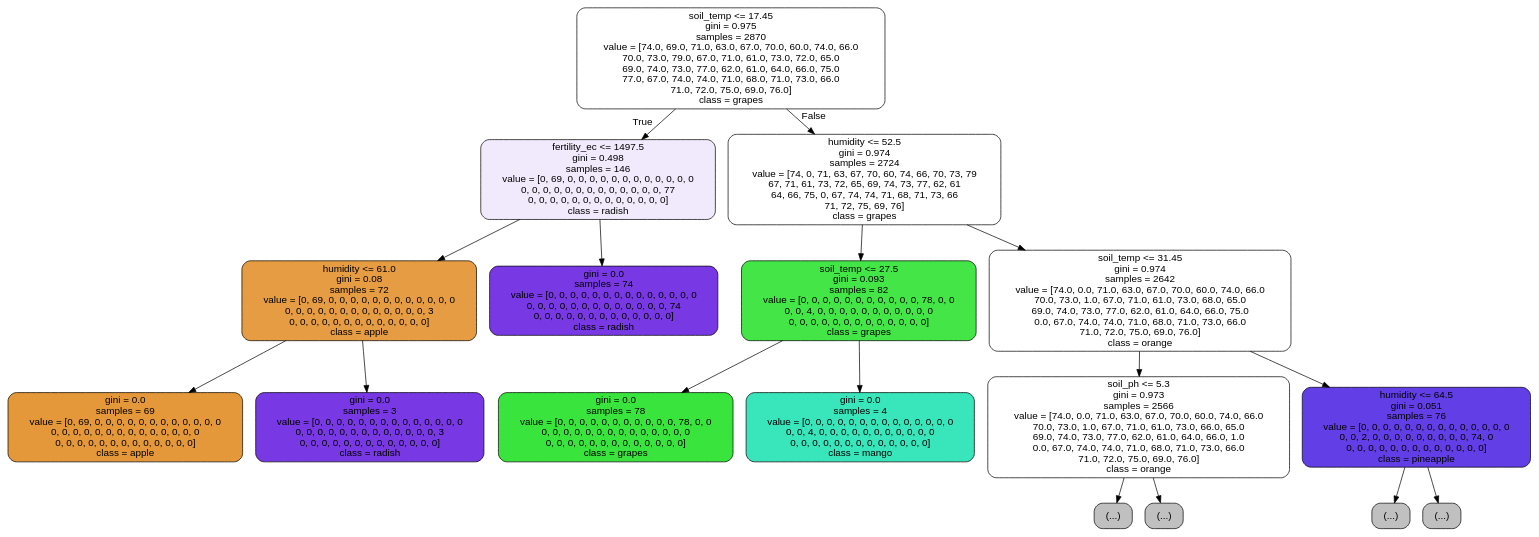
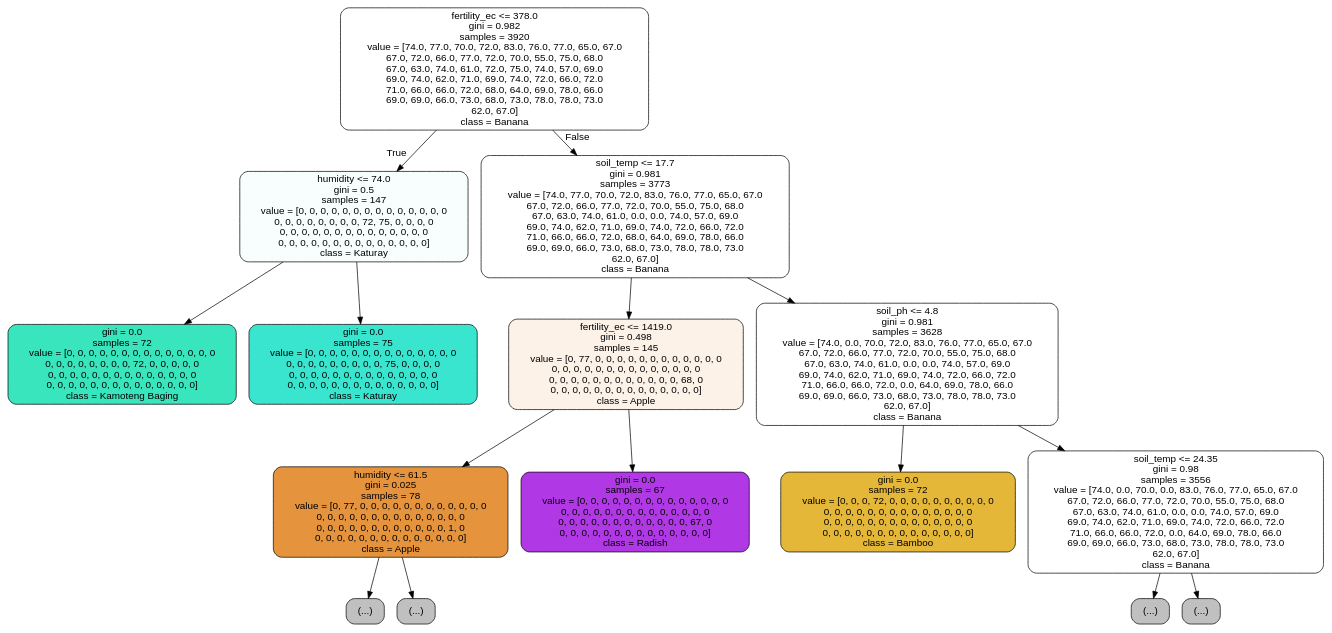
The diagram in precomputation/decision_tree.dot (CyrusUmali/AiCROP), drawn with Graphviz before and after one commit. The commit also changed 8 other files, not shown here.

```diff
--- a/precomputation/decision_tree.dot
+++ b/precomputation/decision_tree.dot
@@ -1,37 +1,33 @@
 digraph Tree {
 node [shape=box, style="filled, rounded", color="black", fontname="helvetica"] ;
 edge [fontname="helvetica"] ;
-0 [label="soil_temp <= 17.45\ngini = 0.975\nsamples = 2870\nvalue = [74.0, 69.0, 71.0, 63.0, 67.0, 70.0, 60.0, 74.0, 66.0\n70.0, 73.0, 79.0, 67.0, 71.0, 61.0, 73.0, 72.0, 65.0\n69.0, 74.0, 73.0, 77.0, 62.0, 61.0, 64.0, 66.0, 75.0\n77.0, 67.0, 74.0, 74.0, 71.0, 68.0, 71.0, 73.0, 66.0\n71.0, 72.0, 75.0, 69.0, 76.0]\nclass = grapes", fillcolor="#ffffff"] ;
-1 [label="fertility_ec <= 1497.5\ngini = 0.498\nsamples = 146\nvalue = [0, 69, 0, 0, 0, 0, 0, 0, 0, 0, 0, 0, 0, 0\n0, 0, 0, 0, 0, 0, 0, 0, 0, 0, 0, 0, 0, 77\n0, 0, 0, 0, 0, 0, 0, 0, 0, 0, 0, 0, 0]\nclass = radish", fillcolor="#f1eafc"] ;
+0 [label="fertility_ec <= 378.0\ngini = 0.982\nsamples = 3920\nvalue = [74.0, 77.0, 70.0, 72.0, 83.0, 76.0, 77.0, 65.0, 67.0\n67.0, 72.0, 66.0, 77.0, 72.0, 70.0, 55.0, 75.0, 68.0\n67.0, 63.0, 74.0, 61.0, 72.0, 75.0, 74.0, 57.0, 69.0\n69.0, 74.0, 62.0, 71.0, 69.0, 74.0, 72.0, 66.0, 72.0\n71.0, 66.0, 66.0, 72.0, 68.0, 64.0, 69.0, 78.0, 66.0\n69.0, 69.0, 66.0, 73.0, 68.0, 73.0, 78.0, 78.0, 73.0\n62.0, 67.0]\nclass = Banana", fillcolor="#ffffff"] ;
+1 [label="humidity <= 74.0\ngini = 0.5\nsamples = 147\nvalue = [0, 0, 0, 0, 0, 0, 0, 0, 0, 0, 0, 0, 0, 0\n0, 0, 0, 0, 0, 0, 0, 0, 72, 75, 0, 0, 0, 0\n0, 0, 0, 0, 0, 0, 0, 0, 0, 0, 0, 0, 0, 0\n0, 0, 0, 0, 0, 0, 0, 0, 0, 0, 0, 0, 0, 0]\nclass = Katuray", fillcolor="#f7fefd"] ;
 0 -> 1 [labeldistance=2.5, labelangle=45, headlabel="True"] ;
-2 [label="humidity <= 61.0\ngini = 0.08\nsamples = 72\nvalue = [0, 69, 0, 0, 0, 0, 0, 0, 0, 0, 0, 0, 0, 0\n0, 0, 0, 0, 0, 0, 0, 0, 0, 0, 0, 0, 0, 3\n0, 0, 0, 0, 0, 0, 0, 0, 0, 0, 0, 0, 0]\nclass = apple", fillcolor="#e69c42"] ;
+2 [label="gini = 0.0\nsamples = 72\nvalue = [0, 0, 0, 0, 0, 0, 0, 0, 0, 0, 0, 0, 0, 0\n0, 0, 0, 0, 0, 0, 0, 0, 72, 0, 0, 0, 0, 0\n0, 0, 0, 0, 0, 0, 0, 0, 0, 0, 0, 0, 0, 0\n0, 0, 0, 0, 0, 0, 0, 0, 0, 0, 0, 0, 0, 0]\nclass = Kamoteng Baging", fillcolor="#39e5bd"] ;
 1 -> 2 ;
-3 [label="gini = 0.0\nsamples = 69\nvalue = [0, 69, 0, 0, 0, 0, 0, 0, 0, 0, 0, 0, 0, 0\n0, 0, 0, 0, 0, 0, 0, 0, 0, 0, 0, 0, 0, 0\n0, 0, 0, 0, 0, 0, 0, 0, 0, 0, 0, 0, 0]\nclass = apple", fillcolor="#e59839"] ;
-2 -> 3 ;
-4 [label="gini = 0.0\nsamples = 3\nvalue = [0, 0, 0, 0, 0, 0, 0, 0, 0, 0, 0, 0, 0, 0\n0, 0, 0, 0, 0, 0, 0, 0, 0, 0, 0, 0, 0, 3\n0, 0, 0, 0, 0, 0, 0, 0, 0, 0, 0, 0, 0]\nclass = radish", fillcolor="#7839e5"] ;
-2 -> 4 ;
-5 [label="gini = 0.0\nsamples = 74\nvalue = [0, 0, 0, 0, 0, 0, 0, 0, 0, 0, 0, 0, 0, 0\n0, 0, 0, 0, 0, 0, 0, 0, 0, 0, 0, 0, 0, 74\n0, 0, 0, 0, 0, 0, 0, 0, 0, 0, 0, 0, 0]\nclass = radish", fillcolor="#7839e5"] ;
-1 -> 5 ;
-6 [label="humidity <= 52.5\ngini = 0.974\nsamples = 2724\nvalue = [74, 0, 71, 63, 67, 70, 60, 74, 66, 70, 73, 79\n67, 71, 61, 73, 72, 65, 69, 74, 73, 77, 62, 61\n64, 66, 75, 0, 67, 74, 74, 71, 68, 71, 73, 66\n71, 72, 75, 69, 76]\nclass = grapes", fillcolor="#ffffff"] ;
-0 -> 6 [labeldistance=2.5, labelangle=-45, headlabel="False"] ;
-7 [label="soil_temp <= 27.5\ngini = 0.093\nsamples = 82\nvalue = [0, 0, 0, 0, 0, 0, 0, 0, 0, 0, 0, 78, 0, 0\n0, 0, 4, 0, 0, 0, 0, 0, 0, 0, 0, 0, 0, 0\n0, 0, 0, 0, 0, 0, 0, 0, 0, 0, 0, 0, 0]\nclass = grapes", fillcolor="#43e646"] ;
+3 [label="gini = 0.0\nsamples = 75\nvalue = [0, 0, 0, 0, 0, 0, 0, 0, 0, 0, 0, 0, 0, 0\n0, 0, 0, 0, 0, 0, 0, 0, 0, 75, 0, 0, 0, 0\n0, 0, 0, 0, 0, 0, 0, 0, 0, 0, 0, 0, 0, 0\n0, 0, 0, 0, 0, 0, 0, 0, 0, 0, 0, 0, 0, 0]\nclass = Katuray", fillcolor="#39e5ce"] ;
+1 -> 3 ;
+4 [label="soil_temp <= 17.7\ngini = 0.981\nsamples = 3773\nvalue = [74.0, 77.0, 70.0, 72.0, 83.0, 76.0, 77.0, 65.0, 67.0\n67.0, 72.0, 66.0, 77.0, 72.0, 70.0, 55.0, 75.0, 68.0\n67.0, 63.0, 74.0, 61.0, 0.0, 0.0, 74.0, 57.0, 69.0\n69.0, 74.0, 62.0, 71.0, 69.0, 74.0, 72.0, 66.0, 72.0\n71.0, 66.0, 66.0, 72.0, 68.0, 64.0, 69.0, 78.0, 66.0\n69.0, 69.0, 66.0, 73.0, 68.0, 73.0, 78.0, 78.0, 73.0\n62.0, 67.0]\nclass = Banana", fillcolor="#ffffff"] ;
+0 -> 4 [labeldistance=2.5, labelangle=-45, headlabel="False"] ;
+5 [label="fertility_ec <= 1419.0\ngini = 0.498\nsamples = 145\nvalue = [0, 77, 0, 0, 0, 0, 0, 0, 0, 0, 0, 0, 0, 0\n0, 0, 0, 0, 0, 0, 0, 0, 0, 0, 0, 0, 0, 0\n0, 0, 0, 0, 0, 0, 0, 0, 0, 0, 0, 0, 68, 0\n0, 0, 0, 0, 0, 0, 0, 0, 0, 0, 0, 0, 0, 0]\nclass = Apple", fillcolor="#fcf2e8"] ;
+4 -> 5 ;
+6 [label="humidity <= 61.5\ngini = 0.025\nsamples = 78\nvalue = [0, 77, 0, 0, 0, 0, 0, 0, 0, 0, 0, 0, 0, 0\n0, 0, 0, 0, 0, 0, 0, 0, 0, 0, 0, 0, 0, 0\n0, 0, 0, 0, 0, 0, 0, 0, 0, 0, 0, 0, 1, 0\n0, 0, 0, 0, 0, 0, 0, 0, 0, 0, 0, 0, 0, 0]\nclass = Apple", fillcolor="#e5933c"] ;
+5 -> 6 ;
+7 [label="(...)", fillcolor="#C0C0C0"] ;
 6 -> 7 ;
-8 [label="gini = 0.0\nsamples = 78\nvalue = [0, 0, 0, 0, 0, 0, 0, 0, 0, 0, 0, 78, 0, 0\n0, 0, 0, 0, 0, 0, 0, 0, 0, 0, 0, 0, 0, 0\n0, 0, 0, 0, 0, 0, 0, 0, 0, 0, 0, 0, 0]\nclass = grapes", fillcolor="#39e53c"] ;
-7 -> 8 ;
-9 [label="gini = 0.0\nsamples = 4\nvalue = [0, 0, 0, 0, 0, 0, 0, 0, 0, 0, 0, 0, 0, 0\n0, 0, 4, 0, 0, 0, 0, 0, 0, 0, 0, 0, 0, 0\n0, 0, 0, 0, 0, 0, 0, 0, 0, 0, 0, 0, 0]\nclass = mango", fillcolor="#39e5ba"] ;
-7 -> 9 ;
-10 [label="soil_temp <= 31.45\ngini = 0.974\nsamples = 2642\nvalue = [74.0, 0.0, 71.0, 63.0, 67.0, 70.0, 60.0, 74.0, 66.0\n70.0, 73.0, 1.0, 67.0, 71.0, 61.0, 73.0, 68.0, 65.0\n69.0, 74.0, 73.0, 77.0, 62.0, 61.0, 64.0, 66.0, 75.0\n0.0, 67.0, 74.0, 74.0, 71.0, 68.0, 71.0, 73.0, 66.0\n71.0, 72.0, 75.0, 69.0, 76.0]\nclass = orange", fillcolor="#ffffff"] ;
-6 -> 10 ;
-11 [label="soil_ph <= 5.3\ngini = 0.973\nsamples = 2566\nvalue = [74.0, 0.0, 71.0, 63.0, 67.0, 70.0, 60.0, 74.0, 66.0\n70.0, 73.0, 1.0, 67.0, 71.0, 61.0, 73.0, 66.0, 65.0\n69.0, 74.0, 73.0, 77.0, 62.0, 61.0, 64.0, 66.0, 1.0\n0.0, 67.0, 74.0, 74.0, 71.0, 68.0, 71.0, 73.0, 66.0\n71.0, 72.0, 75.0, 69.0, 76.0]\nclass = orange", fillcolor="#ffffff"] ;
+8 [label="(...)", fillcolor="#C0C0C0"] ;
+6 -> 8 ;
+9 [label="gini = 0.0\nsamples = 67\nvalue = [0, 0, 0, 0, 0, 0, 0, 0, 0, 0, 0, 0, 0, 0\n0, 0, 0, 0, 0, 0, 0, 0, 0, 0, 0, 0, 0, 0\n0, 0, 0, 0, 0, 0, 0, 0, 0, 0, 0, 0, 67, 0\n0, 0, 0, 0, 0, 0, 0, 0, 0, 0, 0, 0, 0, 0]\nclass = Radish", fillcolor="#b139e5"] ;
+5 -> 9 ;
+10 [label="soil_ph <= 4.8\ngini = 0.981\nsamples = 3628\nvalue = [74.0, 0.0, 70.0, 72.0, 83.0, 76.0, 77.0, 65.0, 67.0\n67.0, 72.0, 66.0, 77.0, 72.0, 70.0, 55.0, 75.0, 68.0\n67.0, 63.0, 74.0, 61.0, 0.0, 0.0, 74.0, 57.0, 69.0\n69.0, 74.0, 62.0, 71.0, 69.0, 74.0, 72.0, 66.0, 72.0\n71.0, 66.0, 66.0, 72.0, 0.0, 64.0, 69.0, 78.0, 66.0\n69.0, 69.0, 66.0, 73.0, 68.0, 73.0, 78.0, 78.0, 73.0\n62.0, 67.0]\nclass = Banana", fillcolor="#ffffff"] ;
+4 -> 10 ;
+11 [label="gini = 0.0\nsamples = 72\nvalue = [0, 0, 0, 72, 0, 0, 0, 0, 0, 0, 0, 0, 0, 0\n0, 0, 0, 0, 0, 0, 0, 0, 0, 0, 0, 0, 0, 0\n0, 0, 0, 0, 0, 0, 0, 0, 0, 0, 0, 0, 0, 0\n0, 0, 0, 0, 0, 0, 0, 0, 0, 0, 0, 0, 0, 0]\nclass = Bamboo", fillcolor="#e5b739"] ;
 10 -> 11 ;
-12 [label="(...)", fillcolor="#C0C0C0"] ;
-11 -> 12 ;
-17 [label="(...)", fillcolor="#C0C0C0"] ;
-11 -> 17 ;
-470 [label="humidity <= 64.5\ngini = 0.051\nsamples = 76\nvalue = [0, 0, 0, 0, 0, 0, 0, 0, 0, 0, 0, 0, 0, 0\n0, 0, 2, 0, 0, 0, 0, 0, 0, 0, 0, 0, 74, 0\n0, 0, 0, 0, 0, 0, 0, 0, 0, 0, 0, 0, 0]\nclass = pineapple", fillcolor="#623ee6"] ;
-10 -> 470 ;
-471 [label="(...)", fillcolor="#C0C0C0"] ;
-470 -> 471 ;
-472 [label="(...)", fillcolor="#C0C0C0"] ;
-470 -> 472 ;
+12 [label="soil_temp <= 24.35\ngini = 0.98\nsamples = 3556\nvalue = [74.0, 0.0, 70.0, 0.0, 83.0, 76.0, 77.0, 65.0, 67.0\n67.0, 72.0, 66.0, 77.0, 72.0, 70.0, 55.0, 75.0, 68.0\n67.0, 63.0, 74.0, 61.0, 0.0, 0.0, 74.0, 57.0, 69.0\n69.0, 74.0, 62.0, 71.0, 69.0, 74.0, 72.0, 66.0, 72.0\n71.0, 66.0, 66.0, 72.0, 0.0, 64.0, 69.0, 78.0, 66.0\n69.0, 69.0, 66.0, 73.0, 68.0, 73.0, 78.0, 78.0, 73.0\n62.0, 67.0]\nclass = Banana", fillcolor="#ffffff"] ;
+10 -> 12 ;
+13 [label="(...)", fillcolor="#C0C0C0"] ;
+12 -> 13 ;
+30 [label="(...)", fillcolor="#C0C0C0"] ;
+12 -> 30 ;
 }
```
